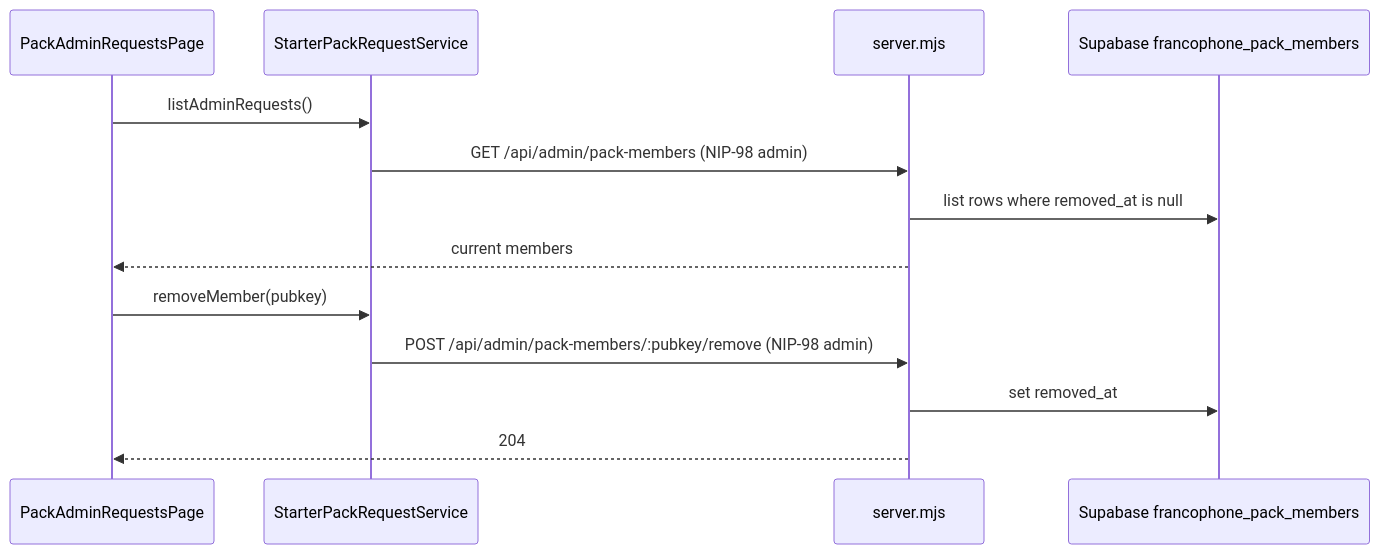
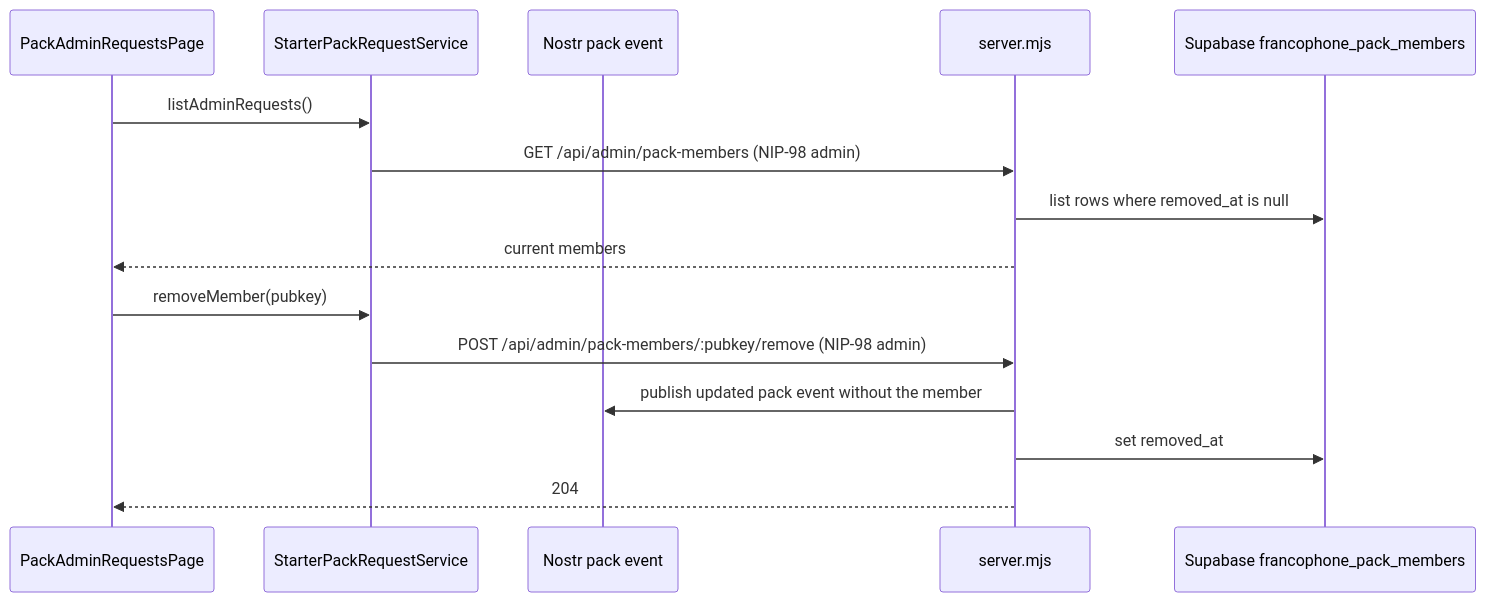
One commit to maxiim3/nostr-tools-ng-app changed the second of 2 diagrams in src/features/packs/README.md. Above: the diagram before and after it, drawn with Mermaid. The commit also changed other lines of this file and 11 other files, not shown here.

````diff
--- a/src/features/packs/README.md
+++ b/src/features/packs/README.md
@@ -33,17 +36,19 @@
 ```mermaid
 sequenceDiagram
   participant Admin as PackAdminRequestsPage
   participant Service as StarterPackRequestService
+  participant Pack as Nostr pack event
   participant API as server.mjs
   participant DB as Supabase francophone_pack_members
 
   Admin->>Service: listAdminRequests()
   Service->>API: GET /api/admin/pack-members (NIP-98 admin)
   API->>DB: list rows where removed_at is null
   API-->>Admin: current members
 
   Admin->>Service: removeMember(pubkey)
   Service->>API: POST /api/admin/pack-members/:pubkey/remove (NIP-98 admin)
+  API->>Pack: publish updated pack event without the member
   API->>DB: set removed_at
   API-->>Admin: 204
 ```
````
